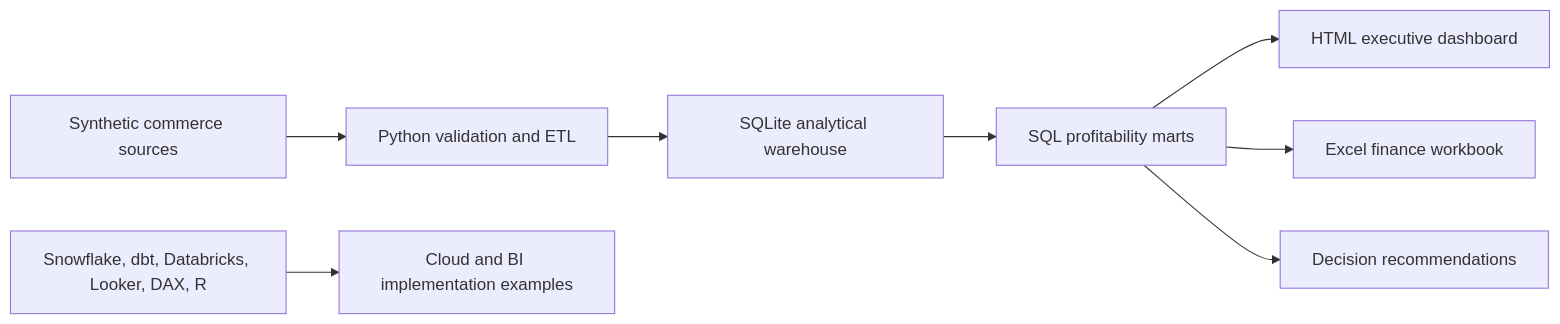
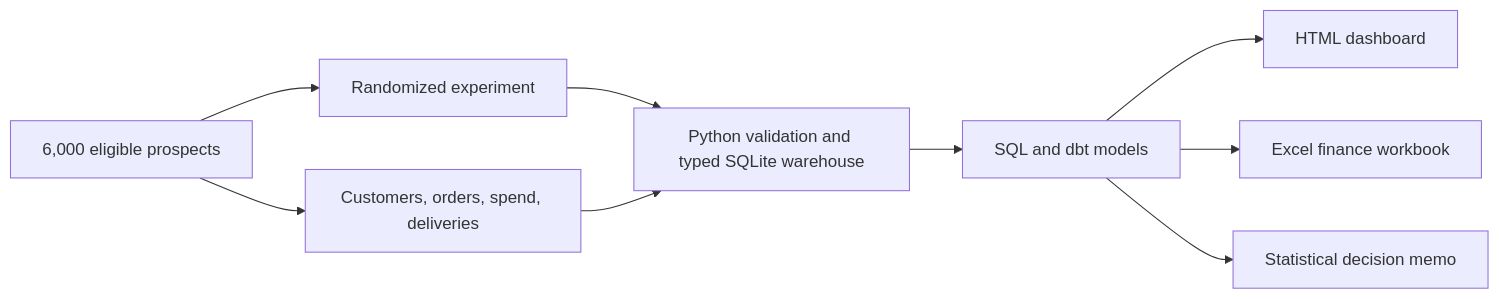
One commit to RidhanPar/baltic-commerce-intelligence changed the diagram in README.md. Above: the diagram before and after it, drawn with Mermaid. The commit also changed other lines of this file and 41 other files, not shown here.

````diff
--- a/README.md
+++ b/README.md
@@ -35,10 +42,11 @@
 ```mermaid
 flowchart LR
-    A[Synthetic commerce sources] --> B[Python validation and ETL]
-    B --> C[SQLite analytical warehouse]
-    C --> D[SQL profitability marts]
-    D --> E[HTML executive dashboard]
-    D --> F[Excel finance workbook]
-    D --> G[Decision recommendations]
-    H[Snowflake, dbt, Databricks, Looker, DAX, R] --> I[Cloud and BI implementation examples]
+    A[6,000 eligible prospects] --> B[Randomized experiment]
+    A --> C[Customers, orders, spend, deliveries]
+    B --> D[Python validation and typed SQLite warehouse]
+    C --> D
+    D --> E[SQL and dbt models]
+    E --> F[HTML dashboard]
+    E --> G[Excel finance workbook]
+    E --> H[Statistical decision memo]
 ```
````
